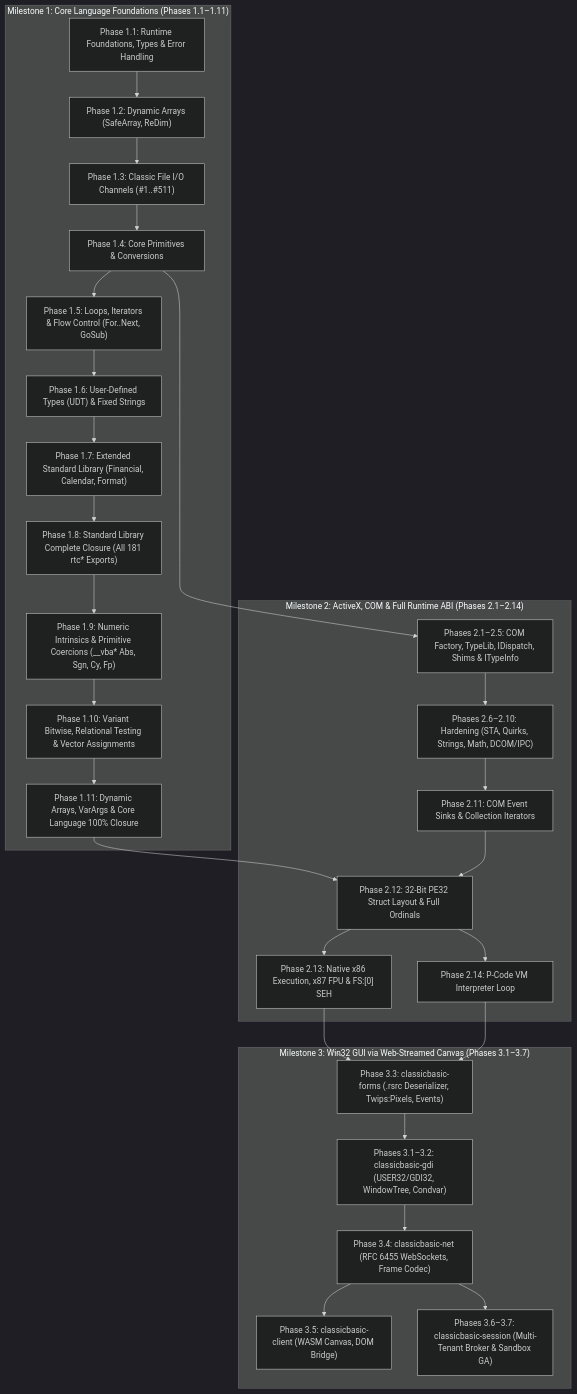
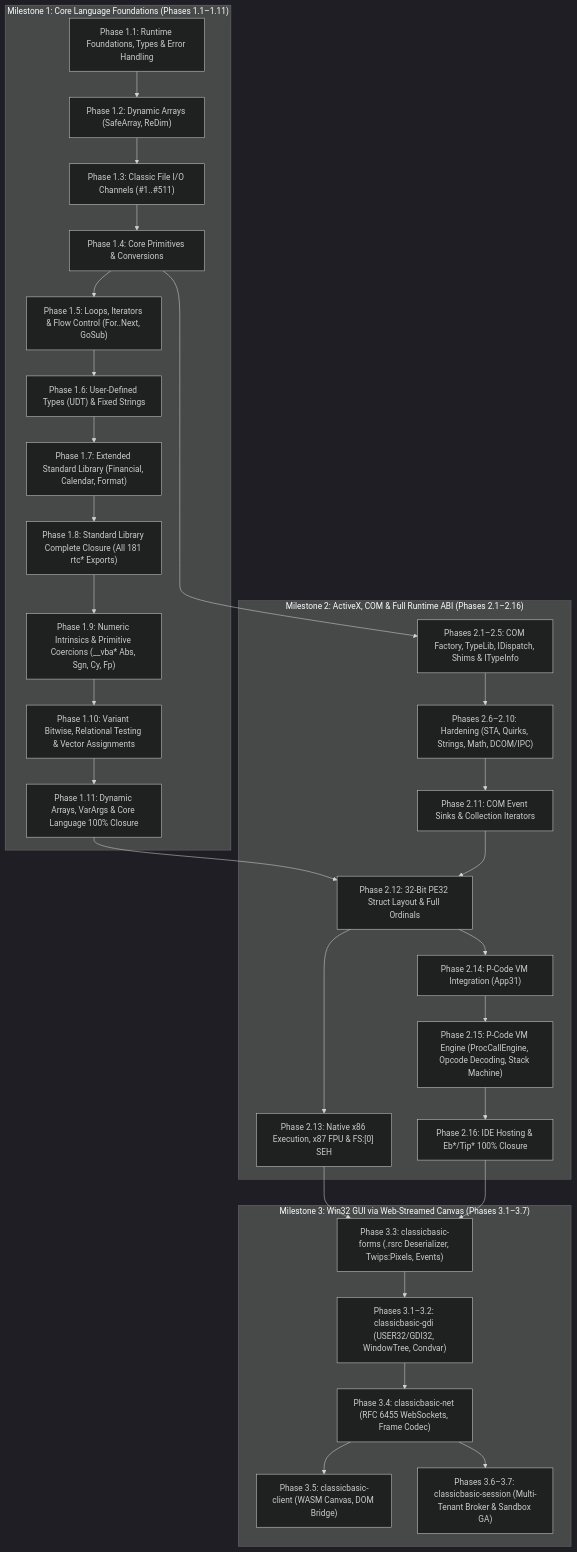
The diagram in ROADMAP.md (victoria-devs/classicbasic), drawn with Mermaid (dark theme) before and after one commit. The commit also changed other lines of this file and 8 other files, not shown here.

Commit message:
docs(roadmap): reorganize Milestone 2 adding Phase 2.15 P-Code VM Engine and Phase 2.16 IDE Hosting & Telemetry

````diff
--- a/ROADMAP.md
+++ b/ROADMAP.md
@@ -96,57 +98,61 @@
 ```mermaid
 flowchart TD
     subgraph Milestone1["Milestone 1: Core Language Foundations (Phases 1.1–1.11)"]
         M1_P1["Phase 1.1: Runtime Foundations, Types & Error Handling"]
         M1_P2["Phase 1.2: Dynamic Arrays (SafeArray, ReDim)"]
         M1_P3["Phase 1.3: Classic File I/O Channels (#1..#511)"]
         M1_P4["Phase 1.4: Core Primitives & Conversions"]
         M1_P5["Phase 1.5: Loops, Iterators & Flow Control (For..Next, GoSub)"]
         M1_P6["Phase 1.6: User-Defined Types (UDT) & Fixed Strings"]
         M1_P7["Phase 1.7: Extended Standard Library (Financial, Calendar, Format)"]
         M1_P8["Phase 1.8: Standard Library Complete Closure (All 181 rtc* Exports)"]
         M1_P9["Phase 1.9: Numeric Intrinsics & Primitive Coercions (__vba* Abs, Sgn, Cy, Fp)"]
         M1_P10["Phase 1.10: Variant Bitwise, Relational Testing & Vector Assignments"]
         M1_P11["Phase 1.11: Dynamic Arrays, VarArgs & Core Language 100% Closure"]
     end
 
-    subgraph Milestone2["Milestone 2: ActiveX, COM & Full Runtime ABI (Phases 2.1–2.14)"]
+    subgraph Milestone2["Milestone 2: ActiveX, COM & Full Runtime ABI (Phases 2.1–2.16)"]
         M2_P1["Phases 2.1–2.5: COM Factory, TypeLib, IDispatch, Shims & ITypeInfo"]
         M2_P6["Phases 2.6–2.10: Hardening (STA, Quirks, Strings, Math, DCOM/IPC)"]
         M2_P11["Phase 2.11: COM Event Sinks & Collection Iterators"]
         M2_P12["Phase 2.12: 32-Bit PE32 Struct Layout & Full Ordinals"]
         M2_P13["Phase 2.13: Native x86 Execution, x87 FPU & FS:[0] SEH"]
-        M2_P14["Phase 2.14: P-Code VM Interpreter Loop"]
+        M2_P14["Phase 2.14: P-Code VM Integration (App31)"]
+        M2_P15["Phase 2.15: P-Code VM Engine (ProcCallEngine, Opcode Decoding, Stack Machine)"]
+        M2_P16["Phase 2.16: IDE Hosting & Eb*/Tip* 100% Closure"]
     end
 
     subgraph Milestone3["Milestone 3: Win32 GUI via Web-Streamed Canvas (Phases 3.1–3.7)"]
         M3_GDI["Phases 3.1–3.2: classicbasic-gdi (USER32/GDI32, WindowTree, Condvar)"]
         M3_Forms["Phase 3.3: classicbasic-forms (.rsrc Deserializer, Twips:Pixels, Events)"]
         M3_Net["Phase 3.4: classicbasic-net (RFC 6455 WebSockets, Frame Codec)"]
         M3_Client["Phase 3.5: classicbasic-client (WASM Canvas, DOM Bridge)"]
         M3_Broker["Phases 3.6–3.7: classicbasic-session (Multi-Tenant Broker & Sandbox GA)"]
     end
 
     M1_P1 --> M1_P2
     M1_P2 --> M1_P3
     M1_P3 --> M1_P4
     M1_P4 --> M1_P5
     M1_P5 --> M1_P6
     M1_P6 --> M1_P7
     M1_P7 --> M1_P8
     M1_P8 --> M1_P9
     M1_P9 --> M1_P10
     M1_P10 --> M1_P11
     M1_P4 --> M2_P1
     M2_P1 --> M2_P6
     M2_P6 --> M2_P11
     M1_P11 --> M2_P12
     M2_P11 --> M2_P12
     M2_P12 --> M2_P13
     M2_P12 --> M2_P14
+    M2_P14 --> M2_P15
+    M2_P15 --> M2_P16
     M2_P13 --> M3_Forms
-    M2_P14 --> M3_Forms
+    M2_P16 --> M3_Forms
     M3_Forms --> M3_GDI
     M3_GDI --> M3_Net
     M3_Net --> M3_Client
     M3_Net --> M3_Broker
 ```
````
